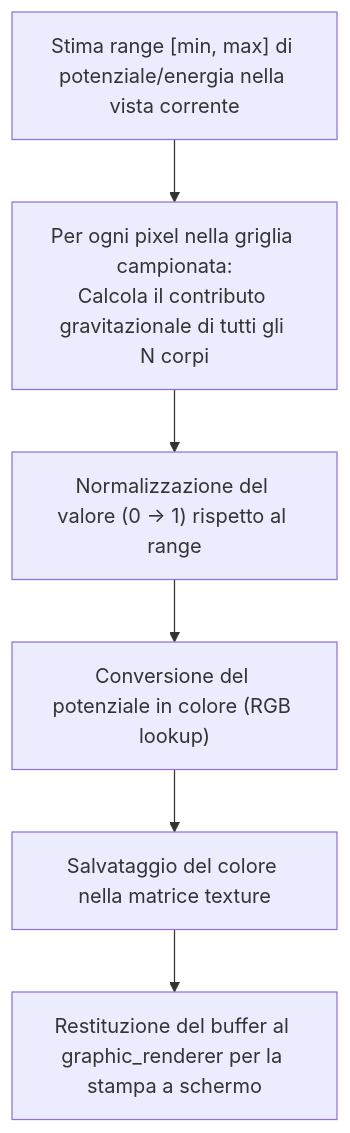
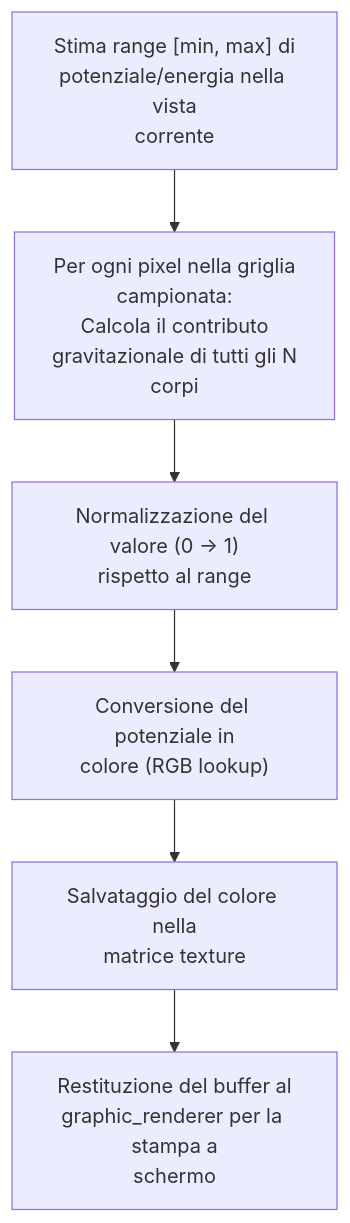
Before and after one commit to alessandro-pioli/AstroCausal_Engine: the fifth of 11 diagrams in ARCHITECTURE_DEEP_DIVE.md, drawn with Mermaid. The commit also changed other lines of this file and 2 other files, not shown here.

````diff
--- a/ARCHITECTURE_DEEP_DIVE.md
+++ b/ARCHITECTURE_DEEP_DIVE.md
@@ -216,8 +457,8 @@
 ```mermaid
 flowchart TD
-    A["Stima range [min, max] di potenziale/energia nella vista corrente"] --> B["Per ogni pixel nella griglia campionata:<br/>Calcola il contributo gravitazionale di tutti gli N corpi"]
-    B --> C["Normalizzazione del valore (0 → 1) rispetto al range"]
-    C --> D["Conversione del potenziale in colore (RGB lookup)"]
-    D --> E["Salvataggio del colore nella matrice texture"]
-    E --> F["Restituzione del buffer al graphic_renderer per la stampa a schermo"]
+    A["Stima range [min, max] di<br/>potenziale/energia nella vista<br/>corrente"] --> B["Per ogni pixel nella griglia<br/>campionata:<br/>Calcola il contributo<br/>gravitazionale di tutti gli N<br/>corpi"]
+    B --> C["Normalizzazione del valore (0 → 1)<br/>rispetto al range"]
+    C --> D["Conversione del potenziale in<br/>colore (RGB lookup)"]
+    D --> E["Salvataggio del colore nella<br/>matrice texture"]
+    E --> F["Restituzione del buffer al<br/>graphic_renderer per la stampa a<br/>schermo"]
 ```
````
